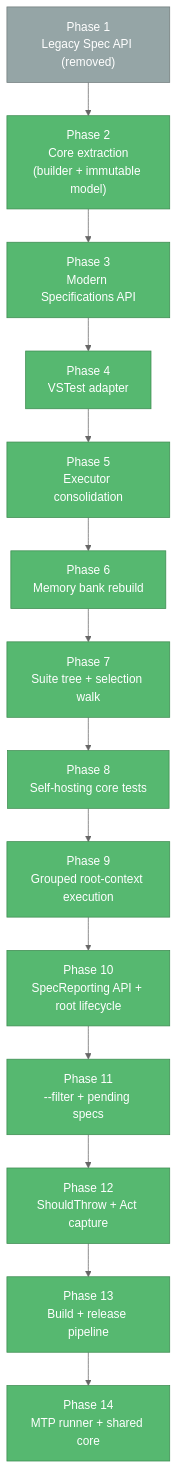
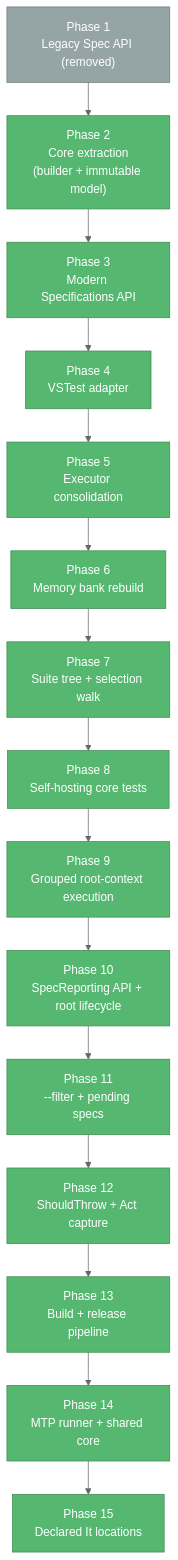
One commit to yozepi/Specs changed the diagram in memory-bank/progress.md. Above: the diagram before and after it, drawn with Mermaid. The commit also changed other lines of this file and 24 other files, not shown here.

````diff
--- a/memory-bank/progress.md
+++ b/memory-bank/progress.md
@@ -111,24 +114,25 @@
 ```mermaid
 %%{init: {'theme': 'neutral', 'flowchart': {'nodeSpacing': 30, 'rankSpacing': 45, 'wrappingWidth': 160}}}%%
 flowchart TD
     P1["Phase 1<br/>Legacy Spec API (removed)"]:::deprecated
     P2["Phase 2<br/>Core extraction<br/>(builder + immutable model)"]:::app
     P3["Phase 3<br/>Modern Specifications API"]:::app
     P4["Phase 4<br/>VSTest adapter"]:::app
     P5["Phase 5<br/>Executor consolidation"]:::app
     P6["Phase 6<br/>Memory bank rebuild"]:::app
     P7["Phase 7<br/>Suite tree + selection walk"]:::app
     P8["Phase 8<br/>Self-hosting core tests"]:::app
     P9["Phase 9<br/>Grouped root-context execution"]:::app
     P10["Phase 10<br/>SpecReporting API + root lifecycle"]:::app
     P11["Phase 11<br/>--filter + pending specs"]:::app
     P12["Phase 12<br/>ShouldThrow + Act capture"]:::app
     P13["Phase 13<br/>Build + release pipeline"]:::app
     P14["Phase 14<br/>MTP runner + shared core"]:::app
+    P15["Phase 15<br/>Declared It locations"]:::app
 
     P1 --> P2 --> P3 --> P4
-    P4 --> P5 --> P6 --> P7 --> P8 --> P9 --> P10 --> P11 --> P12 --> P13 --> P14
+    P4 --> P5 --> P6 --> P7 --> P8 --> P9 --> P10 --> P11 --> P12 --> P13 --> P14 --> P15
 
     classDef app fill:#56B870,stroke:#3D8B50,color:#fff
     classDef deprecated fill:#95A5A6,stroke:#707B7C,color:#fff
 ```
````
